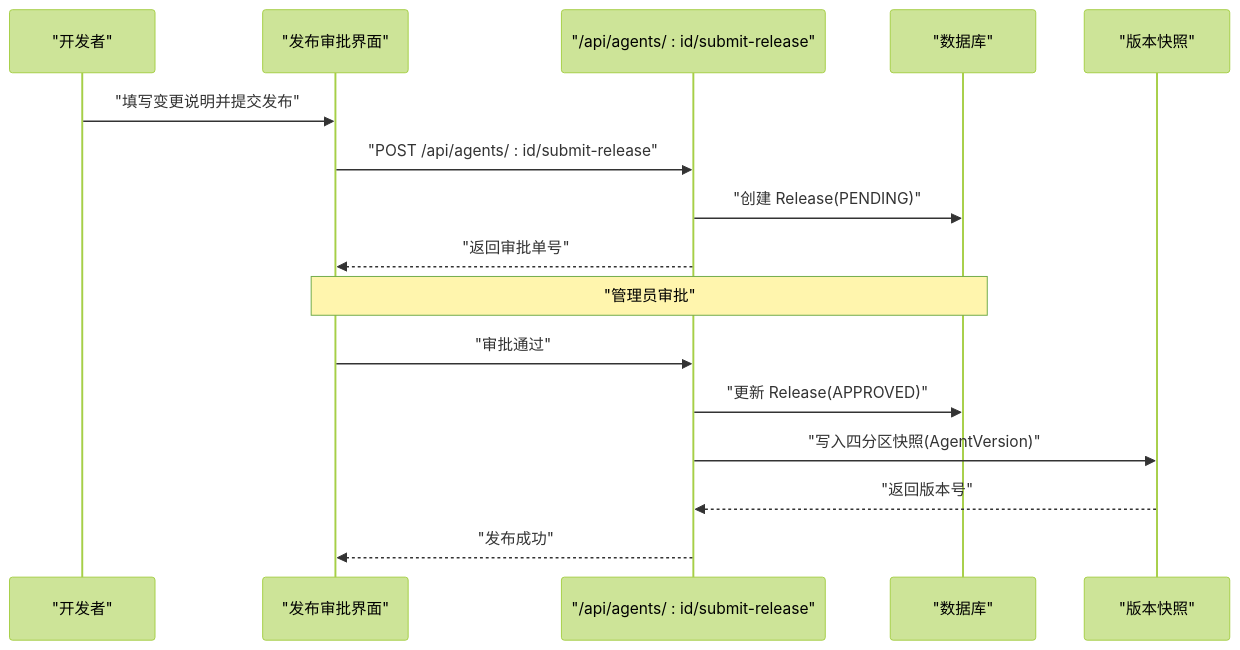
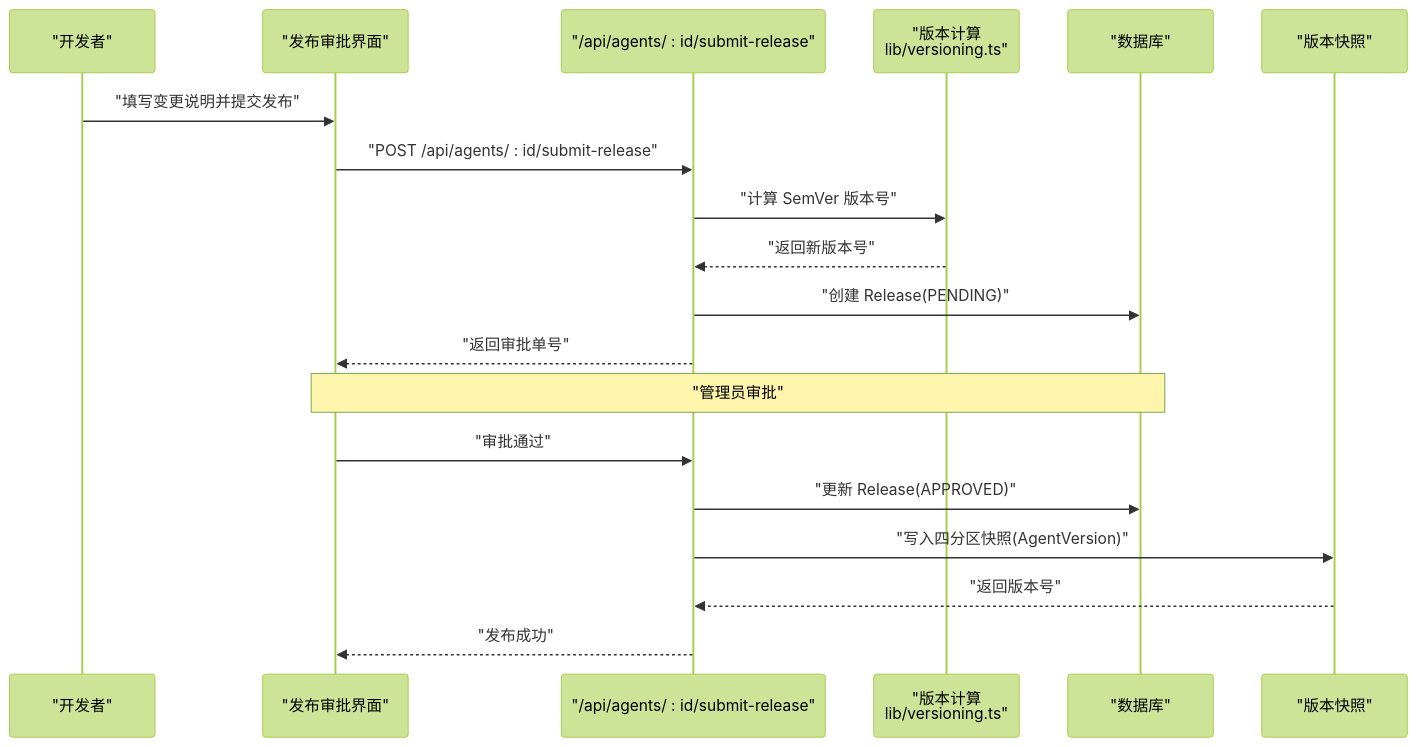
One commit to ai-guru-global/agent-up changed the fifth of 8 diagrams in .qoder/repowiki/zh/content/核心概念/核心概念.md. Above: the diagram before and after it, drawn with Mermaid (forest theme). The commit also changed other lines of this file and 169 other files, not shown here.

````diff
--- a/.qoder/repowiki/zh/content/核心概念/核心概念.md
+++ b/.qoder/repowiki/zh/content/核心概念/核心概念.md
@@ -265,18 +429,21 @@
 ```mermaid
 sequenceDiagram
 participant Dev as "开发者"
 participant UI as "发布审批界面"
 participant API as "/api/agents/ : id/submit-release"
+participant Version as "版本计算<br/>lib/versioning.ts"
 participant DB as "数据库"
 participant Snap as "版本快照"
 Dev->>UI : "填写变更说明并提交发布"
 UI->>API : "POST /api/agents/ : id/submit-release"
+API->>Version : "计算 SemVer 版本号"
+Version-->>API : "返回新版本号"
 API->>DB : "创建 Release(PENDING)"
 API-->>UI : "返回审批单号"
 Note over UI,DB : "管理员审批"
 UI->>API : "审批通过"
 API->>DB : "更新 Release(APPROVED)"
 API->>Snap : "写入四分区快照(AgentVersion)"
 Snap-->>API : "返回版本号"
 API-->>UI : "发布成功"
 ```
````
